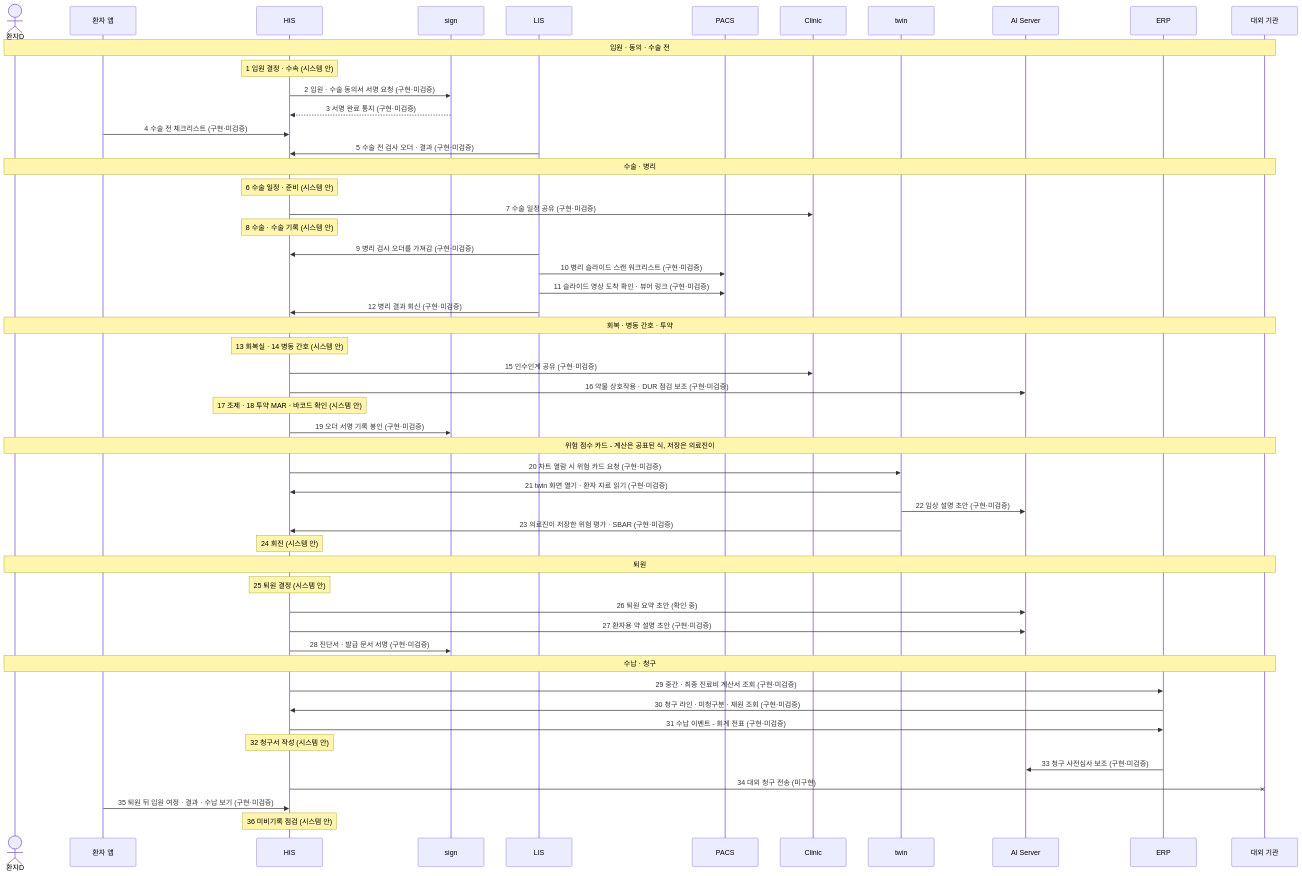
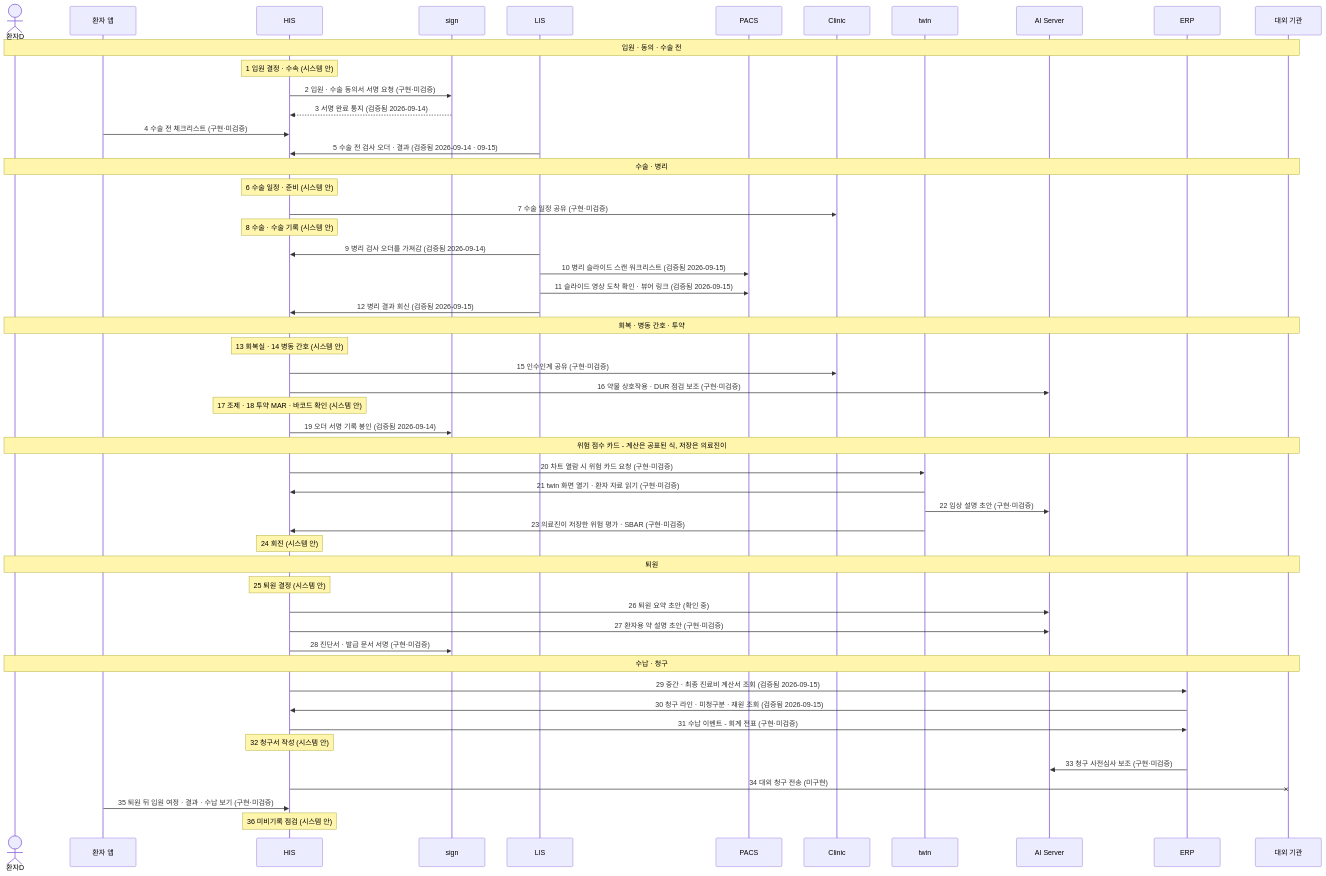
The diagram in scenarios/04-inpatient-to-discharge.md (seanshin/werub-his-ecosystem), drawn with Mermaid before and after one commit. The commit also changed other lines of this file and 6 other files, not shown here.

````diff
--- a/scenarios/04-inpatient-to-discharge.md
+++ b/scenarios/04-inpatient-to-discharge.md
@@ -28,60 +28,60 @@
 ```mermaid
 sequenceDiagram
   actor PT as 환자D
   participant APP as 환자 앱
   participant HIS as HIS
   participant SIGN as sign
   participant LIS as LIS
   participant PACS as PACS
   participant CLINIC as Clinic
   participant TWIN as twin
   participant AIS as AI Server
   participant ERP as ERP
   participant EXT as 대외 기관
 
   Note over PT,EXT: 입원 · 동의 · 수술 전
   Note over HIS: 1 입원 결정 · 수속 (시스템 안)
   HIS->>SIGN: 2 입원 · 수술 동의서 서명 요청 (구현·미검증)
-  SIGN-->>HIS: 3 서명 완료 통지 (구현·미검증)
+  SIGN-->>HIS: 3 서명 완료 통지 (검증됨 2026-09-14)
   APP->>HIS: 4 수술 전 체크리스트 (구현·미검증)
-  LIS->>HIS: 5 수술 전 검사 오더 · 결과 (구현·미검증)
+  LIS->>HIS: 5 수술 전 검사 오더 · 결과 (검증됨 2026-09-14 · 09-15)
 
   Note over PT,EXT: 수술 · 병리
   Note over HIS: 6 수술 일정 · 준비 (시스템 안)
   HIS->>CLINIC: 7 수술 일정 공유 (구현·미검증)
   Note over HIS: 8 수술 · 수술 기록 (시스템 안)
-  LIS->>HIS: 9 병리 검사 오더를 가져감 (구현·미검증)
-  LIS->>PACS: 10 병리 슬라이드 스캔 워크리스트 (구현·미검증)
-  LIS->>PACS: 11 슬라이드 영상 도착 확인 · 뷰어 링크 (구현·미검증)
-  LIS->>HIS: 12 병리 결과 회신 (구현·미검증)
+  LIS->>HIS: 9 병리 검사 오더를 가져감 (검증됨 2026-09-14)
+  LIS->>PACS: 10 병리 슬라이드 스캔 워크리스트 (검증됨 2026-09-15)
+  LIS->>PACS: 11 슬라이드 영상 도착 확인 · 뷰어 링크 (검증됨 2026-09-15)
+  LIS->>HIS: 12 병리 결과 회신 (검증됨 2026-09-15)
 
   Note over PT,EXT: 회복 · 병동 간호 · 투약
   Note over HIS: 13 회복실 · 14 병동 간호 (시스템 안)
   HIS->>CLINIC: 15 인수인계 공유 (구현·미검증)
   HIS->>AIS: 16 약물 상호작용 · DUR 점검 보조 (구현·미검증)
   Note over HIS: 17 조제 · 18 투약 MAR · 바코드 확인 (시스템 안)
-  HIS->>SIGN: 19 오더 서명 기록 봉인 (구현·미검증)
+  HIS->>SIGN: 19 오더 서명 기록 봉인 (검증됨 2026-09-14)
 
   Note over PT,EXT: 위험 점수 카드 - 계산은 공표된 식, 저장은 의료진이
   HIS->>TWIN: 20 차트 열람 시 위험 카드 요청 (구현·미검증)
   TWIN->>HIS: 21 twin 화면 열기 · 환자 자료 읽기 (구현·미검증)
   TWIN->>AIS: 22 임상 설명 초안 (구현·미검증)
   TWIN->>HIS: 23 의료진이 저장한 위험 평가 · SBAR (구현·미검증)
   Note over HIS: 24 회진 (시스템 안)
 
   Note over PT,EXT: 퇴원
   Note over HIS: 25 퇴원 결정 (시스템 안)
   HIS->>AIS: 26 퇴원 요약 초안 (확인 중)
   HIS->>AIS: 27 환자용 약 설명 초안 (구현·미검증)
   HIS->>SIGN: 28 진단서 · 발급 문서 서명 (구현·미검증)
 
   Note over PT,EXT: 수납 · 청구
-  HIS->>ERP: 29 중간 · 최종 진료비 계산서 조회 (구현·미검증)
-  ERP->>HIS: 30 청구 라인 · 미청구분 · 재원 조회 (구현·미검증)
+  HIS->>ERP: 29 중간 · 최종 진료비 계산서 조회 (검증됨 2026-09-15)
+  ERP->>HIS: 30 청구 라인 · 미청구분 · 재원 조회 (검증됨 2026-09-15)
   HIS->>ERP: 31 수납 이벤트 - 회계 전표 (구현·미검증)
   Note over HIS: 32 청구서 작성 (시스템 안)
   ERP->>AIS: 33 청구 사전심사 보조 (구현·미검증)
   HIS-xEXT: 34 대외 청구 전송 (미구현)
   APP->>HIS: 35 퇴원 뒤 입원 여정 · 결과 · 수납 보기 (구현·미검증)
   Note over HIS: 36 미비기록 점검 (시스템 안)
 ```
````
